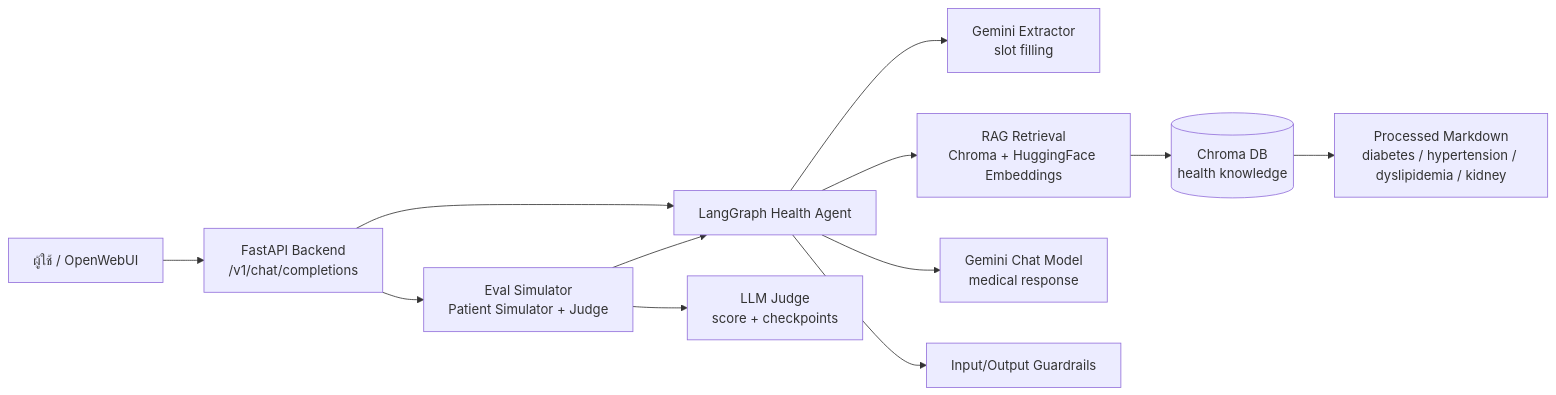
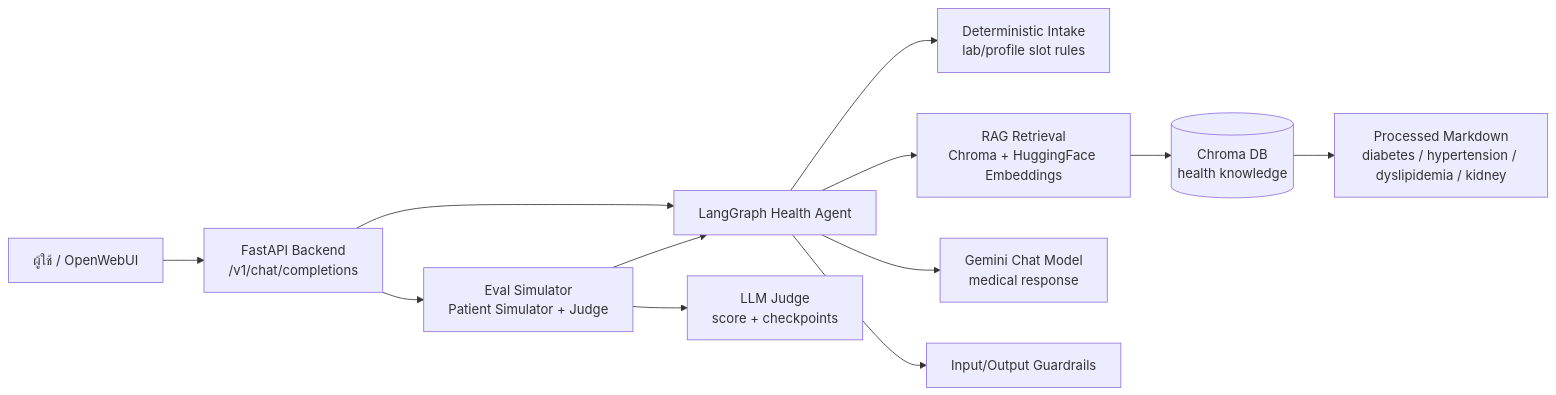
Before and after one commit to HealthChatbot-Chula/health-chatbot-ai: the first of 6 diagrams in README.md, drawn with Mermaid. The commit also changed other lines of this file and 26 other files, not shown here.

````diff
--- a/README.md
+++ b/README.md
@@ -44,14 +44,14 @@
 ```mermaid
 flowchart LR
     user["ผู้ใช้ / OpenWebUI"] --> api["FastAPI Backend<br/>/v1/chat/completions"]
     api --> health_graph["LangGraph Health Agent"]
-    health_graph --> llm_extract["Gemini Extractor<br/>slot filling"]
+    health_graph --> intake["Deterministic Intake<br/>lab/profile slot rules"]
     health_graph --> rag["RAG Retrieval<br/>Chroma + HuggingFace Embeddings"]
     health_graph --> llm_answer["Gemini Chat Model<br/>medical response"]
     health_graph --> guard["Input/Output Guardrails"]
     rag --> chroma[("Chroma DB<br/>health knowledge")]
     chroma --> data["Processed Markdown<br/>diabetes / hypertension / dyslipidemia / kidney"]
     api --> eval["Eval Simulator<br/>Patient Simulator + Judge"]
     eval --> health_graph
     eval --> judge["LLM Judge<br/>score + checkpoints"]
 ```
````
